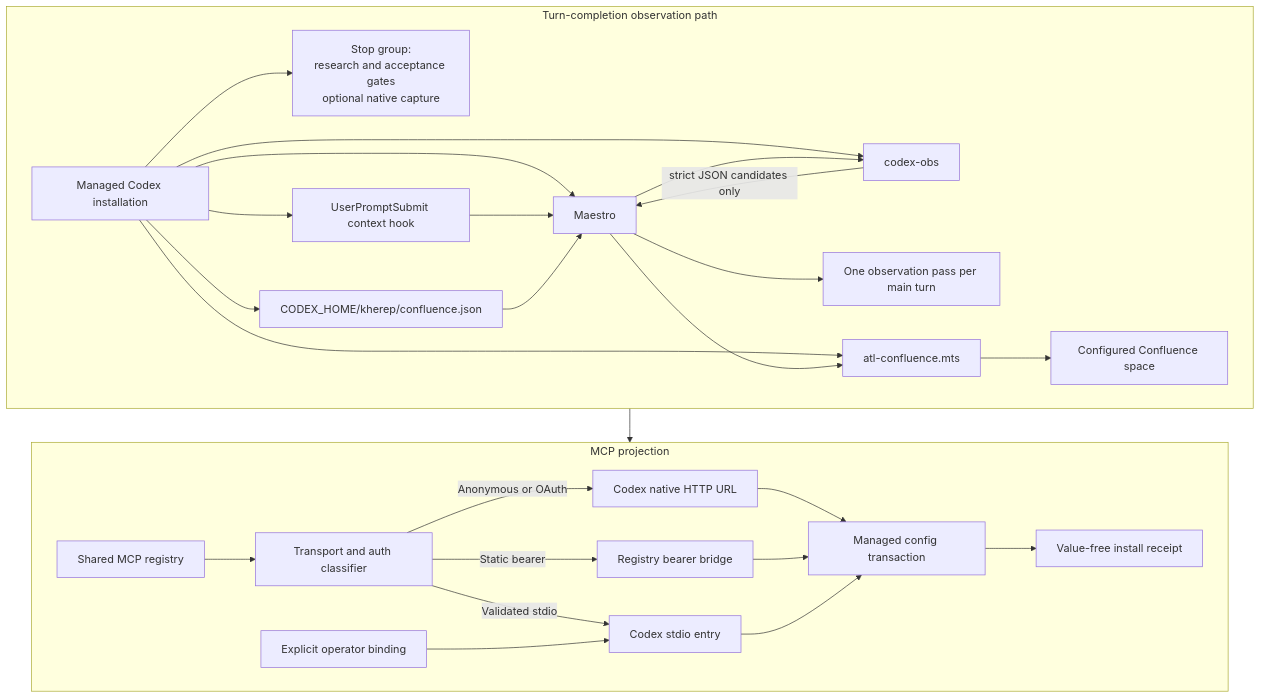
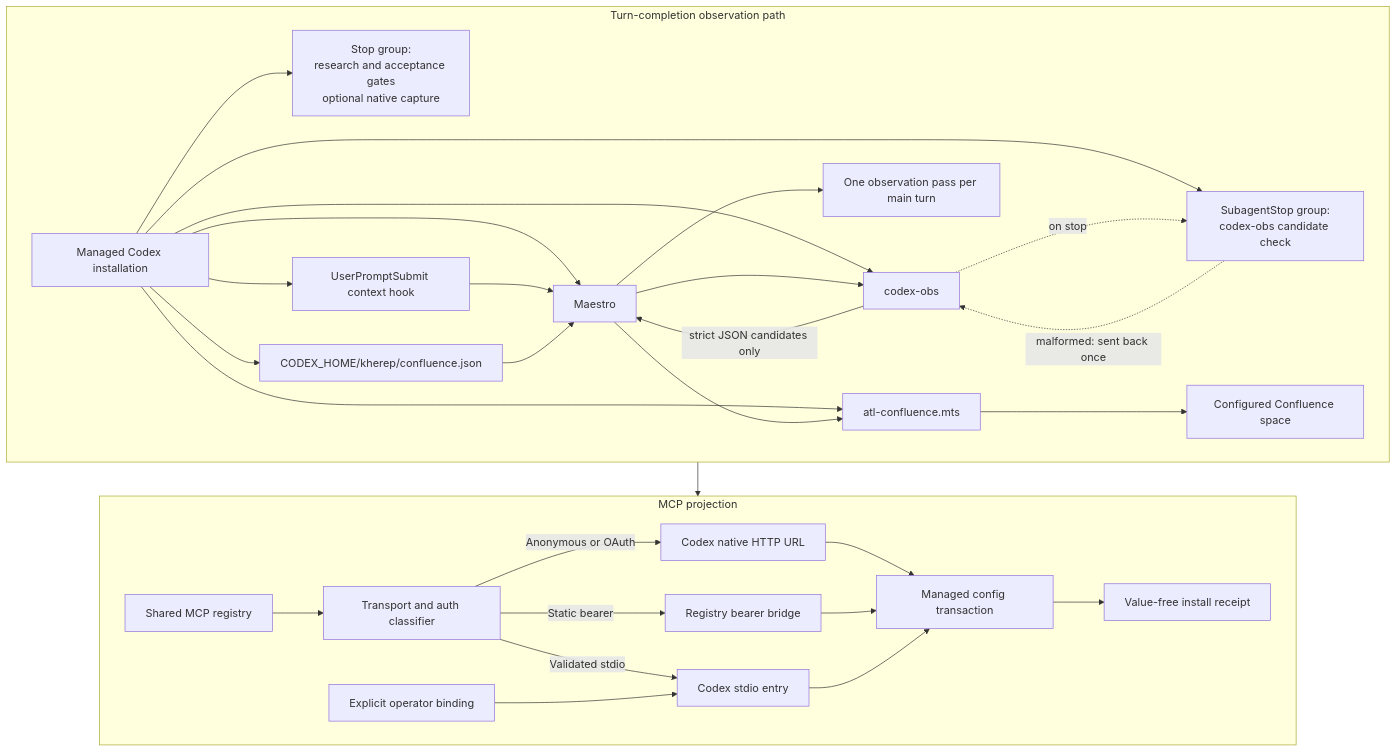
Before and after one commit to cfaysal/kherep: the diagram in codex/ARCHITECTURE.md, drawn with Mermaid. The commit also changed other lines of this file and 17 other files, not shown here.

First line of the commit message:
feat: check the codex-obs candidate in a Codex SubagentStop hook

````diff
--- a/codex/ARCHITECTURE.md
+++ b/codex/ARCHITECTURE.md
@@ -57,34 +59,37 @@
 ```mermaid
 flowchart TB
     subgraph T[Turn-completion observation path]
         direction LR
         I[Managed Codex installation] --> ST[Stop group:<br/>research and acceptance gates<br/>optional native capture]
         I --> MA[Maestro]
         I --> OB[codex-obs]
         I --> UC[UserPromptSubmit context hook]
         UC --> MA
         MA --> OB
         OB -->|strict JSON candidates only| MA
+        I --> SS[SubagentStop group:<br/>codex-obs candidate check]
+        OB -.->|on stop| SS
+        SS -.->|malformed: sent back once| OB
         MA --> NR[One observation pass per main turn]
         I --> CB[atl-confluence.mts]
         I --> CT[CODEX_HOME/kherep/confluence.json]
         CT --> MA
         MA --> CB
         CB --> CS[Configured Confluence space]
     end
 
     subgraph P[MCP projection]
         direction LR
         R[Shared MCP registry] --> C[Transport and auth classifier]
         C -->|Anonymous or OAuth| H[Codex native HTTP URL]
         C -->|Static bearer| B[Registry bearer bridge]
         C -->|Validated stdio| S[Codex stdio entry]
         O[Explicit operator binding] --> S
         H --> M[Managed config transaction]
         B --> M
         S --> M
         M --> Q[Value-free install receipt]
     end
 
     I --> M
 ```
````
